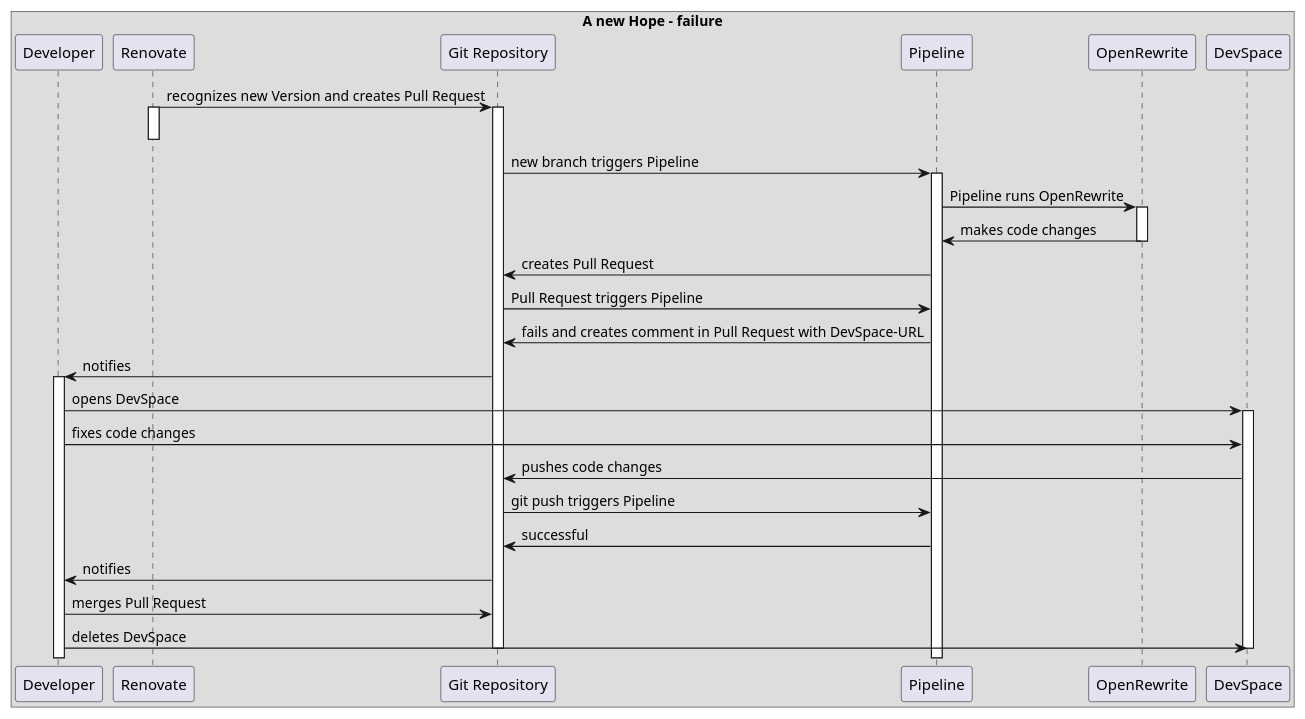
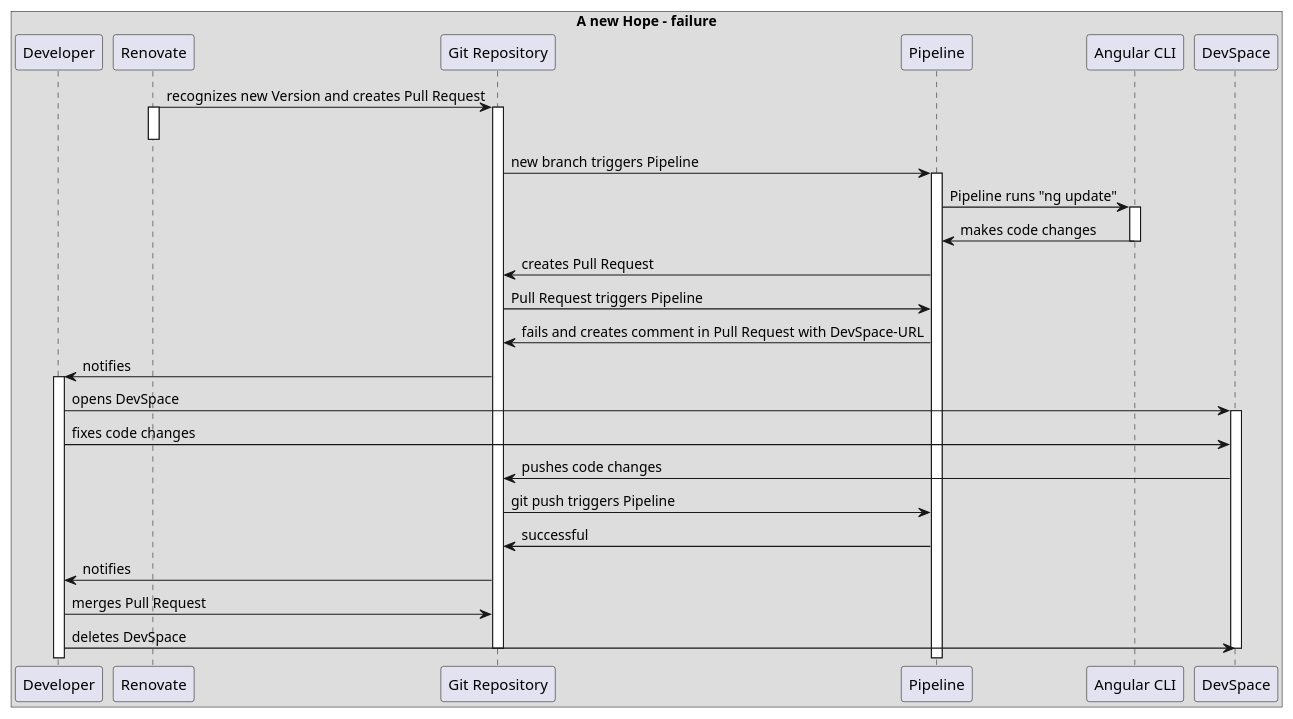
The diagram in diagrams/failure-sequence.puml (Gepardec/renovate), drawn with PlantUML before and after one commit. The commit also changed 3 other files, not shown here.

Commit message:
update diagrams

```diff
--- a/diagrams/failure-sequence.puml
+++ b/diagrams/failure-sequence.puml
@@ -1,49 +1,49 @@
 @startuml
 box A new Hope - failure
 participant Developer
 
 participant Renovate
 
 Renovate -> "Git Repository" : recognizes new Version and creates Pull Request
 activate Renovate
 activate "Git Repository"
 deactivate Renovate
 
 "Git Repository" -> Pipeline : new branch triggers Pipeline
 activate Pipeline
 
-Pipeline -> OpenRewrite : Pipeline runs OpenRewrite
-activate OpenRewrite
+Pipeline -> "Angular CLI" : Pipeline runs "ng update"
+activate "Angular CLI"
 
-OpenRewrite -> Pipeline : makes code changes
-deactivate OpenRewrite
+"Angular CLI" -> Pipeline : makes code changes
+deactivate "Angular CLI"
 
 Pipeline -> "Git Repository" : creates Pull Request
 
 "Git Repository" -> Pipeline : Pull Request triggers Pipeline
 
 Pipeline -> "Git Repository" : fails and creates comment in Pull Request with DevSpace-URL
 
 "Git Repository" -> Developer : notifies
 activate Developer
 
 Developer -> DevSpace : opens DevSpace
 activate DevSpace
 Developer -> DevSpace : fixes code changes
 
 DevSpace -> "Git Repository" : pushes code changes
 "Git Repository" -> Pipeline : git push triggers Pipeline
 
 Pipeline -> "Git Repository" : successful
 
 "Git Repository" -> Developer : notifies
 
 "Developer" -> "Git Repository" : merges Pull Request
 
 Developer -> DevSpace : deletes DevSpace
 deactivate DevSpace
 
 deactivate "Git Repository"
 
 end box
 @enduml
```
